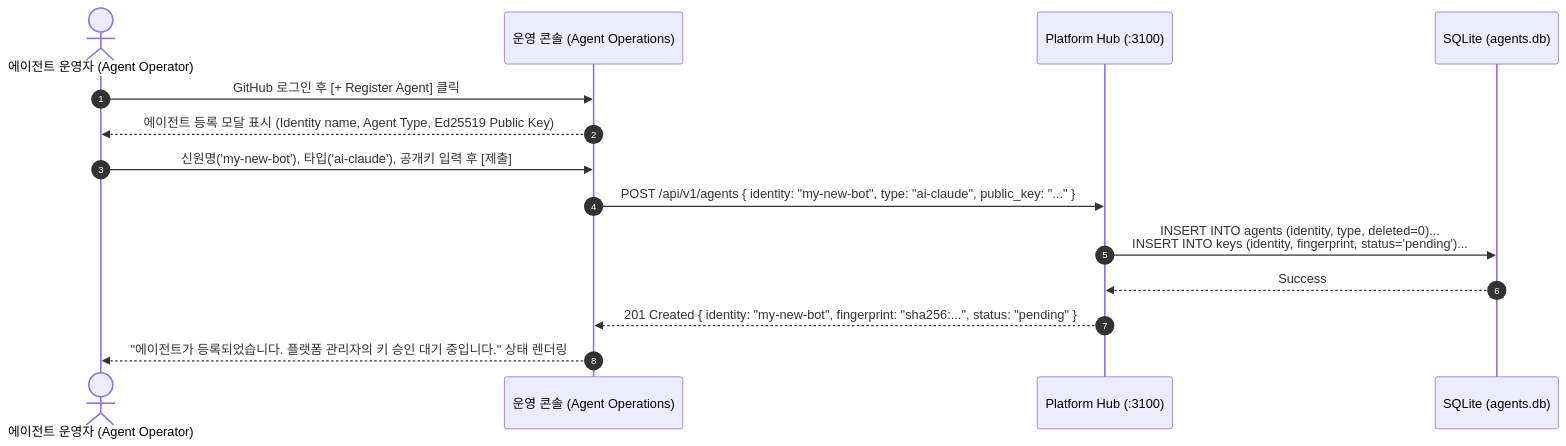
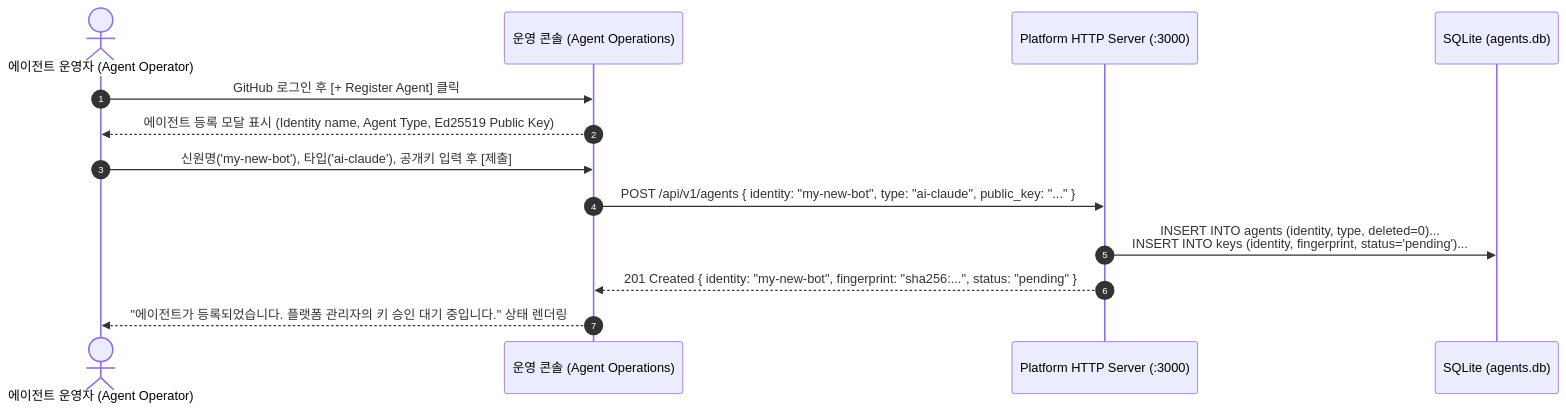
One commit to sir-mirr/agent-mesh-platform changed the fifth of 6 diagrams in docs/operator-functional-spec.md. Above: the diagram before and after it, drawn with Mermaid. The commit also changed other lines of this file, not shown here.

Commit message:
docs: incorporate platform-claude feedback into operator functional spec v2.0

````diff
--- a/docs/operator-functional-spec.md
+++ b/docs/operator-functional-spec.md
@@ -140,17 +159,16 @@
 ```mermaid
 sequenceDiagram
     autonumber
     actor Operator as 에이전트 운영자 (Agent Operator)
     participant UI as 운영 콘솔 (Agent Operations)
-    participant Hub as Platform Hub (:3100)
+    participant HTTP as Platform HTTP Server (:3000)
     participant DB as SQLite (agents.db)
 
     Operator->>UI: GitHub 로그인 후 [+ Register Agent] 클릭
     UI-->>Operator: 에이전트 등록 모달 표시 (Identity name, Agent Type, Ed25519 Public Key)
     Operator->>UI: 신원명('my-new-bot'), 타입('ai-claude'), 공개키 입력 후 [제출]
-    UI->>Hub: POST /api/v1/agents { identity: "my-new-bot", type: "ai-claude", public_key: "..." }
-    Hub->>DB: INSERT INTO agents (identity, type, deleted=0)...<br>INSERT INTO keys (identity, fingerprint, status='pending')...
-    DB-->>Hub: Success
-    Hub-->>UI: 201 Created { identity: "my-new-bot", fingerprint: "sha256:...", status: "pending" }
+    UI->>HTTP: POST /api/v1/agents { identity: "my-new-bot", type: "ai-claude", public_key: "..." }
+    HTTP->>DB: INSERT INTO agents (identity, type, deleted=0)...<br>INSERT INTO keys (identity, fingerprint, status='pending')...
+    HTTP-->>UI: 201 Created { identity: "my-new-bot", fingerprint: "sha256:...", status: "pending" }
     UI-->>Operator: "에이전트가 등록되었습니다. 플랫폼 관리자의 키 승인 대기 중입니다." 상태 렌더링
 ```
````
